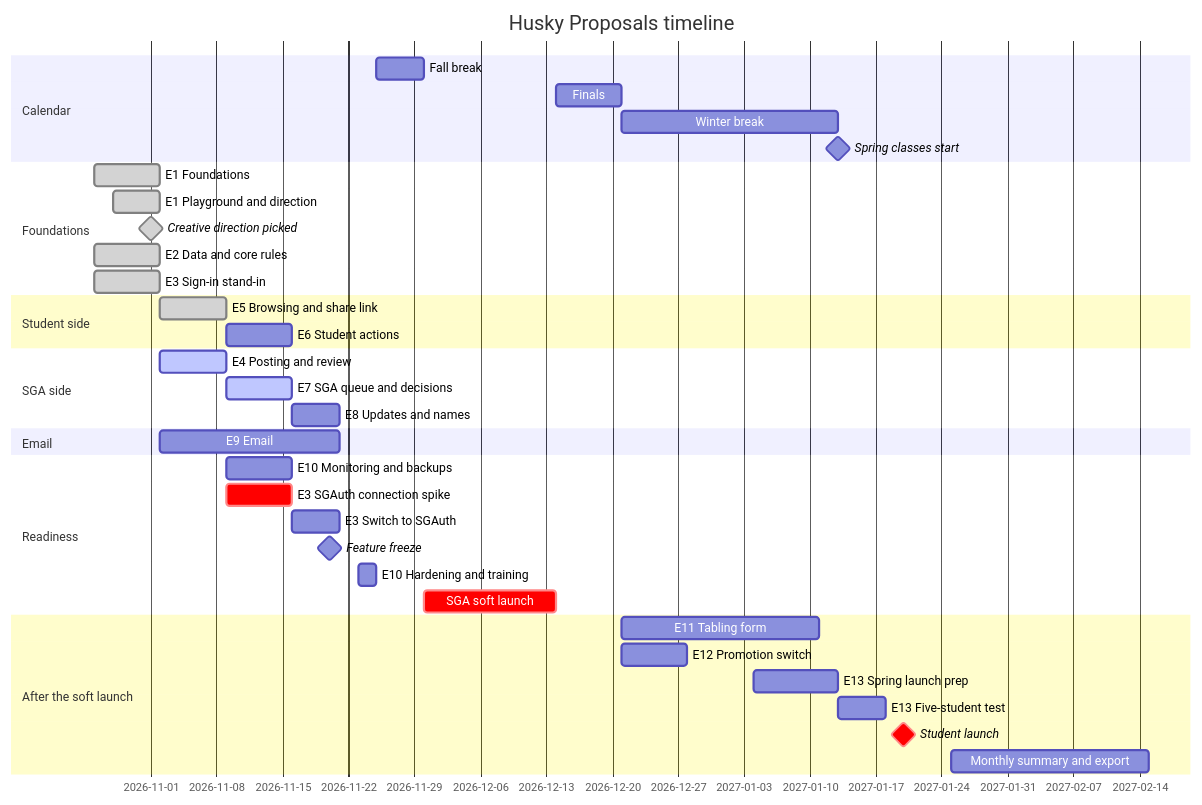
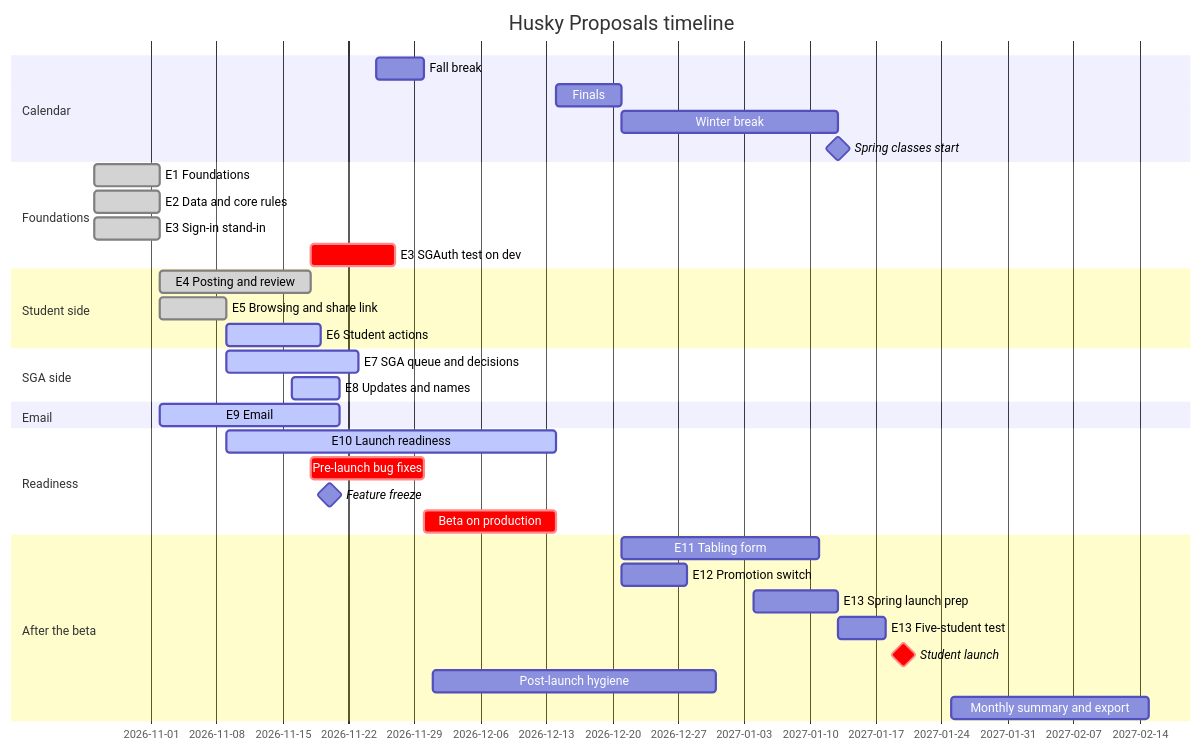
The diagram in docs/timeline.md (SGAOperationalAffairs/husky-proposals), drawn with Mermaid before and after one commit. The commit also changed other lines of this file and 6 other files, not shown here.

Commit message:
#22 docs sidecar batch: timeline, SGAuth status, env example (#275)

````diff
--- a/docs/timeline.md
+++ b/docs/timeline.md
@@ -17,39 +56,37 @@
 ```mermaid
 gantt
     title Husky Proposals timeline
     dateFormat YYYY-MM-DD
     section Calendar
     Fall break                    :2026-11-25, 5d
     Finals                        :2026-12-14, 7d
     Winter break                  :2026-12-21, 23d
     Spring classes start          :milestone, 2027-01-13, 0d
     section Foundations
     E1 Foundations                :done, e1, 2026-10-26, 7d
-    E1 Playground and direction   :done, e1p, 2026-10-28, 5d
-    Creative direction picked     :milestone, done, 2026-11-01, 0d
     E2 Data and core rules        :done, e2, 2026-10-26, 7d
     E3 Sign-in stand-in           :done, e3a, 2026-10-26, 7d
+    E3 SGAuth test on dev         :crit, e3t, 2026-11-18, 9d
     section Student side
+    E4 Posting and review         :done, e4, 2026-11-02, 16d
     E5 Browsing and share link    :done, e5, 2026-11-02, 7d
-    E6 Student actions            :e6, 2026-11-09, 7d
+    E6 Student actions            :active, e6, 2026-11-09, 10d
     section SGA side
-    E4 Posting and review         :active, e4, 2026-11-02, 7d
-    E7 SGA queue and decisions    :active, e7, 2026-11-09, 7d
-    E8 Updates and names          :e8, 2026-11-16, 5d
+    E7 SGA queue and decisions    :active, e7, 2026-11-09, 14d
+    E8 Updates and names          :active, e8, 2026-11-16, 5d
     section Email
-    E9 Email                      :e9, 2026-11-02, 19d
+    E9 Email                      :active, e9, 2026-11-02, 19d
     section Readiness
-    E10 Monitoring and backups    :e10a, 2026-11-09, 7d
-    E3 SGAuth connection spike    :crit, e3s, 2026-11-09, 7d
-    E3 Switch to SGAuth           :e3b, 2026-11-16, 5d
+    E10 Launch readiness          :active, e10, 2026-11-09, 35d
+    Pre-launch bug fixes          :crit, bugs, 2026-11-18, 12d
     Feature freeze                :milestone, 2026-11-20, 0d
-    E10 Hardening and training    :e10c, 2026-11-23, 2d
-    SGA soft launch               :crit, soft, 2026-11-30, 14d
-    section After the soft launch
+    Beta on production              :crit, soft, 2026-11-30, 14d
+    section After the beta
     E11 Tabling form              :e11, 2026-12-21, 21d
     E12 Promotion switch          :e12, 2026-12-21, 7d
     E13 Spring launch prep        :e13, 2027-01-04, 9d
     E13 Five-student test         :e13t, 2027-01-13, 5d
     Student launch                :milestone, crit, 2027-01-20, 0d
+    Post-launch hygiene           :hyg, 2026-12-01, 30d
     Monthly summary and export    :2027-01-25, 21d
 ```
````
